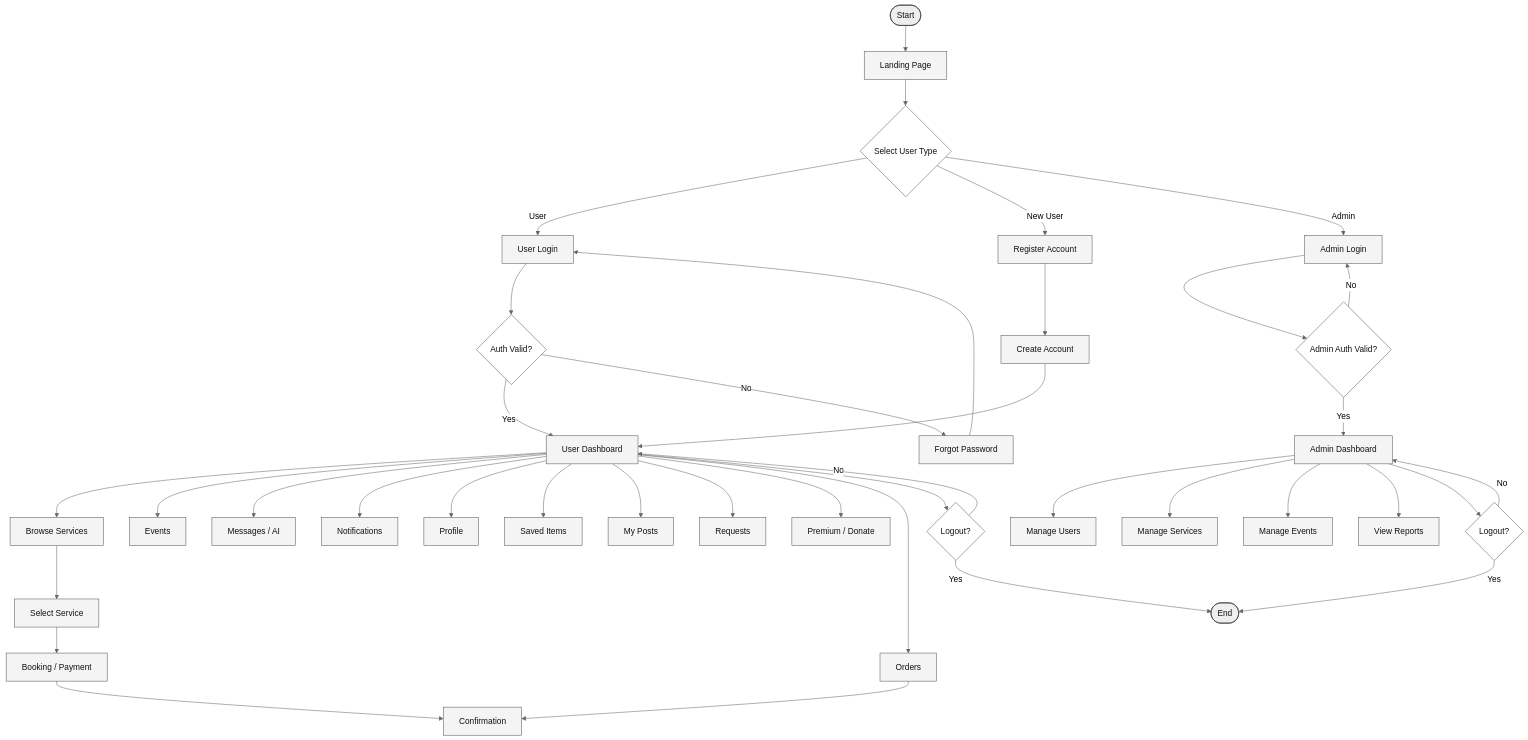
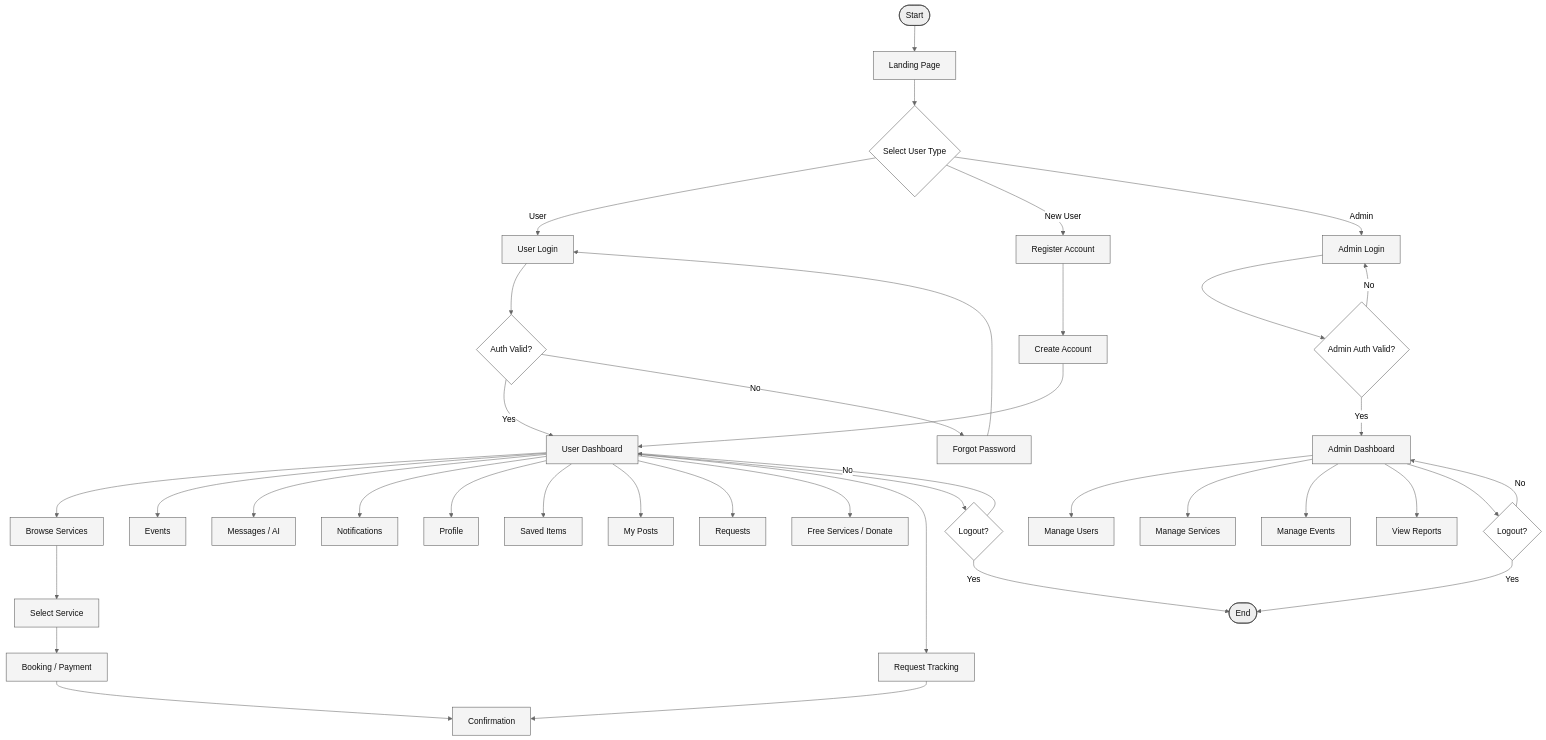
Before and after one commit to CapstoneDesign-Spring2026-UlsanCollege/Free_Sewaa: the diagram in docs/Project_UML diagram/user-flow.mmd, drawn with Mermaid (neutral theme). The commit also changed 67 other files, not shown here.

Commit message:
Fix free service copy and issues

```diff
--- a/docs/Project_UML diagram/user-flow.mmd
+++ b/docs/Project_UML diagram/user-flow.mmd
@@ -1,56 +1,56 @@
 flowchart TD
     Start([Start]) --> Landing[Landing Page]
     Landing --> SelectType{Select User Type}
 
     SelectType -->|User| UserLogin[User Login]
     SelectType -->|New User| Register[Register Account]
     SelectType -->|Admin| AdminLogin[Admin Login]
 
     Register --> CreateAccount[Create Account]
     CreateAccount --> UserDashboard[User Dashboard]
 
     UserLogin --> Auth{Auth Valid?}
     Auth -->|Yes| UserDashboard
     Auth -->|No| Forgot[Forgot Password]
     Forgot --> UserLogin
 
     UserDashboard --> Browse[Browse Services]
     UserDashboard --> Events[Events]
     UserDashboard --> Messages[Messages / AI]
     UserDashboard --> Notifications[Notifications]
     UserDashboard --> Profile[Profile]
     UserDashboard --> Saved[Saved Items]
     UserDashboard --> Posts[My Posts]
     UserDashboard --> Requests[Requests]
-    UserDashboard --> Premium[Premium / Donate]
-    UserDashboard --> Orders[Orders]
+    UserDashboard --> Premium[Free Services / Donate]
+    UserDashboard --> RequestTracking[Request Tracking]
     UserDashboard --> LogoutUser{Logout?}
 
     Browse --> SelectService[Select Service]
     SelectService --> Booking[Booking / Payment]
     Booking --> Confirmation[Confirmation]
-    Orders --> Confirmation
+    RequestTracking --> Confirmation
 
     LogoutUser -->|No| UserDashboard
     LogoutUser -->|Yes| End([End])
 
     AdminLogin --> AdminAuth{Admin Auth Valid?}
     AdminAuth -->|Yes| AdminDashboard[Admin Dashboard]
     AdminAuth -->|No| AdminLogin
 
     AdminDashboard --> ManageUsers[Manage Users]
     AdminDashboard --> ManageServices[Manage Services]
     AdminDashboard --> ManageEvents[Manage Events]
     AdminDashboard --> Reports[View Reports]
     AdminDashboard --> LogoutAdmin{Logout?}
 
     LogoutAdmin -->|No| AdminDashboard
     LogoutAdmin -->|Yes| End
 
     classDef page fill:#f4f4f4,stroke:#555,stroke-width:1px,color:#111;
     classDef decision fill:#fff,stroke:#555,stroke-width:1px,color:#111;
     classDef terminal fill:#eee,stroke:#333,stroke-width:1px,color:#111;
 
-    class Landing,UserLogin,Register,CreateAccount,UserDashboard,Forgot,Browse,Events,Messages,Notifications,Profile,Saved,Posts,Requests,Premium,Orders,SelectService,Booking,Confirmation,AdminLogin,AdminDashboard,ManageUsers,ManageServices,ManageEvents,Reports page;
+    class Landing,UserLogin,Register,CreateAccount,UserDashboard,Forgot,Browse,Events,Messages,Notifications,Profile,Saved,Posts,Requests,Premium,RequestTracking,SelectService,Booking,Confirmation,AdminLogin,AdminDashboard,ManageUsers,ManageServices,ManageEvents,Reports page;
     class SelectType,Auth,AdminAuth,LogoutUser,LogoutAdmin decision;
     class Start,End terminal;
```
